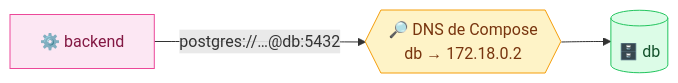
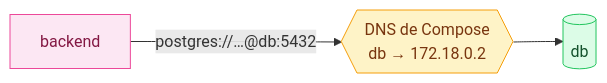
One commit to GoobyWoobies/HEIA-IT changed the third of 4 diagrams in methodologie-securite-it/docker/08-docker-compose.md. Above: the diagram before and after it, drawn with Mermaid. The commit also changed other lines of this file and 24 other files, not shown here.

````diff
--- a/methodologie-securite-it/docker/08-docker-compose.md
+++ b/methodologie-securite-it/docker/08-docker-compose.md
@@ -216,9 +216,9 @@
 ```mermaid
 flowchart LR
-    B["⚙️ backend"] -->|"postgres://…@db:5432"| DNS{{"🔎 DNS de Compose<br/>db → 172.18.0.2"}}
-    DNS --> D[("🗄️ db")]
+    B["backend"] -->|"postgres://…@db:5432"| DNS{{"DNS de Compose<br/>db → 172.18.0.2"}}
+    DNS --> D[("db")]
 
     style B fill:#fce7f3,stroke:#ec4899,color:#831843
     style DNS fill:#fef3c7,stroke:#f59e0b,color:#78350f
     style D fill:#dcfce7,stroke:#22c55e,color:#14532d
 ```
````
